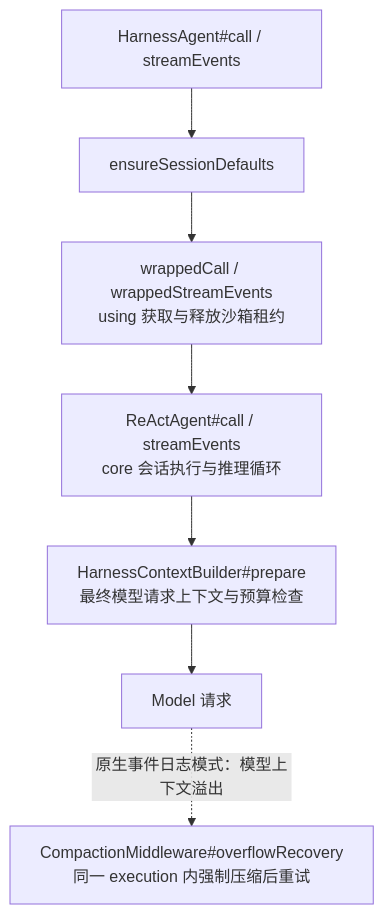
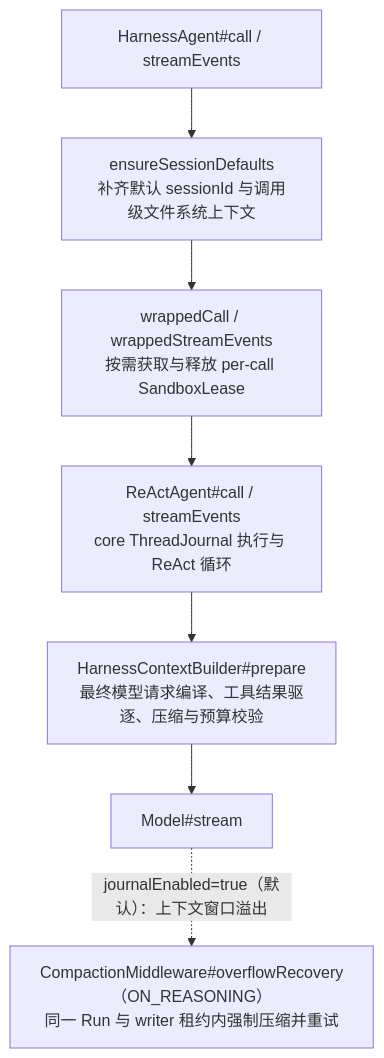
The first of 4 diagrams in 07-Harness工程化外壳.md (liulangjietou/AgentScope-source-analysis), drawn with Mermaid before and after one commit. The commit also changed other lines of this file and 14 other files, not shown here.

````diff
--- a/07-Harness工程化外壳.md
+++ b/07-Harness工程化外壳.md
@@ -11,9 +11,9 @@
 ```mermaid
 flowchart TB
-    API["HarnessAgent#call / streamEvents"] --> CTX["ensureSessionDefaults"]
-    CTX --> WRAP["wrappedCall / wrappedStreamEvents<br/>using 获取与释放沙箱租约"]
-    WRAP --> CORE["ReActAgent#call / streamEvents<br/>core 会话执行与推理循环"]
-    CORE --> PREP["HarnessContextBuilder#prepare<br/>最终模型请求上下文与预算检查"]
-    PREP --> MODEL["Model 请求"]
-    MODEL -.->|"原生事件日志模式：模型上下文溢出"| REC["CompactionMiddleware#overflowRecovery<br/>同一 execution 内强制压缩后重试"]
+    API["HarnessAgent#call / streamEvents"] --> CTX["ensureSessionDefaults<br/>补齐默认 sessionId 与调用级文件系统上下文"]
+    CTX --> WRAP["wrappedCall / wrappedStreamEvents<br/>按需获取与释放 per-call SandboxLease"]
+    WRAP --> CORE["ReActAgent#call / streamEvents<br/>core ThreadJournal 执行与 ReAct 循环"]
+    CORE --> PREP["HarnessContextBuilder#prepare<br/>最终模型请求编译、工具结果驱逐、压缩与预算校验"]
+    PREP --> MODEL["Model#stream"]
+    MODEL -.->|"journalEnabled=true（默认）：上下文窗口溢出"| REC["CompactionMiddleware#overflowRecovery（ON_REASONING）<br/>同一 Run 与 writer 租约内强制压缩并重试"]
 ```
````
